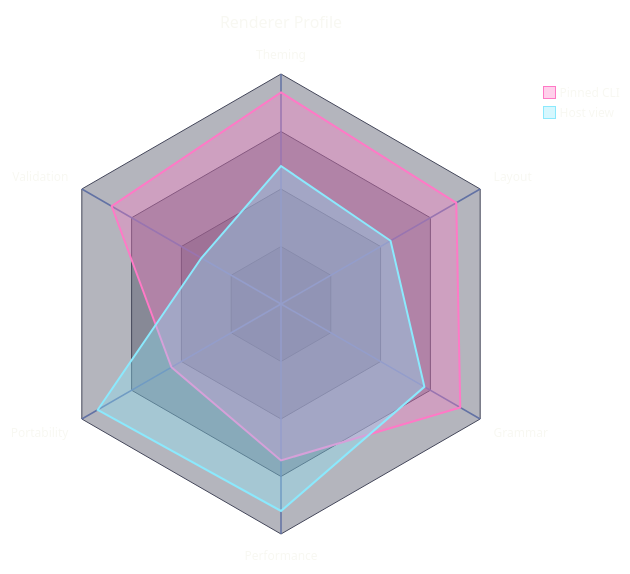
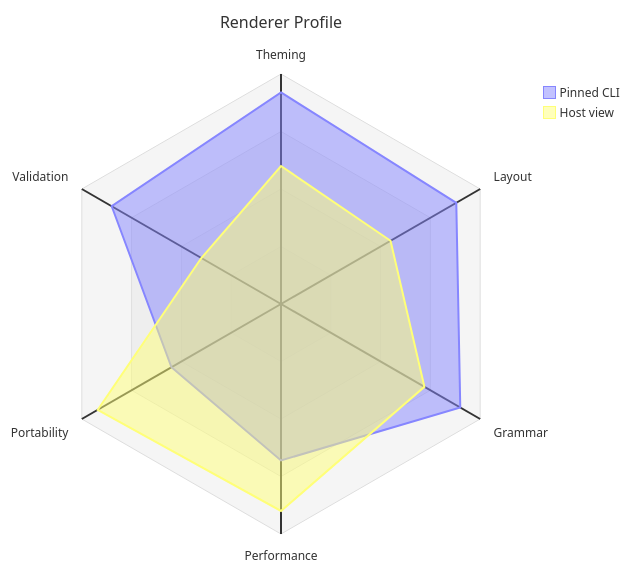
Before and after one commit to bsamiee/Rasm: the ninth of 25 diagrams in .claude/skills/mermaid-diagramming/references/syntax-extended.md, drawn with Mermaid. The commit also changed other lines of this file and 28 other files, not shown here.

Commit message:
skills(docgen+mermaid): payload-only diagram law — docgen gate/fixer strips fence styling; mermaid bundle sheds the styling canon, theming survives as one opt-in reference

````diff
--- a/.claude/skills/mermaid-diagramming/references/syntax-extended.md
+++ b/.claude/skills/mermaid-diagramming/references/syntax-extended.md
@@ -482,42 +272,24 @@
 ```mermaid
 ---
 config:
-  theme: base
-  look: classic
   radar:
     width: 460
     height: 460
     marginLeft: 120
     marginRight: 120
     marginTop: 60
     marginBottom: 60
-  themeVariables:
-    darkMode: true
-    fontFamily: "SF Mono, Menlo, Cascadia Mono, Segoe UI Mono, Consolas, monospace"
-    useGradient: false
-    dropShadow: "none"
-    textColor: "#F8F8F2"
-    titleColor: "#F8F8F2"
-    cScale0: "#FF79C6"
-    cScale1: "#8BE9FD"
-    radar:
-      axisColor: "#6272A4"
-      axisStrokeWidth: 1.5
-      graticuleColor: "#44475A"
-      graticuleOpacity: 0.4
-      curveOpacity: 0.35
-      curveStrokeWidth: 2
 ---
 radar-beta
   accTitle: Renderer profile
   accDescr: The pinned renderer compared against the host viewer across six capability axes.
   title Renderer Profile
   axis th["Theming"], la["Layout"], gr["Grammar"], pf["Performance"], po["Portability"], va["Validation"]
   curve pinned["Pinned CLI"]{ th: 92, la: 88, gr: 90, pf: 68, po: 55, va: 85 }
   curve host["Host view"]{ th: 60, la: 55, gr: 72, pf: 90, po: 92, va: 40 }
   showLegend true
   graticule polygon
   ticks 4
   max 100
   min 0
 ```
````
